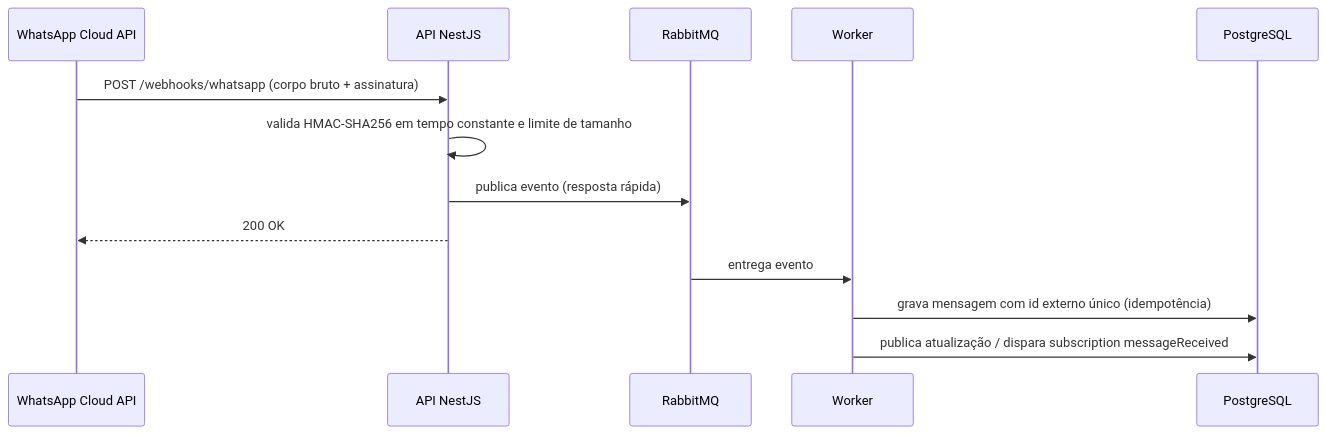
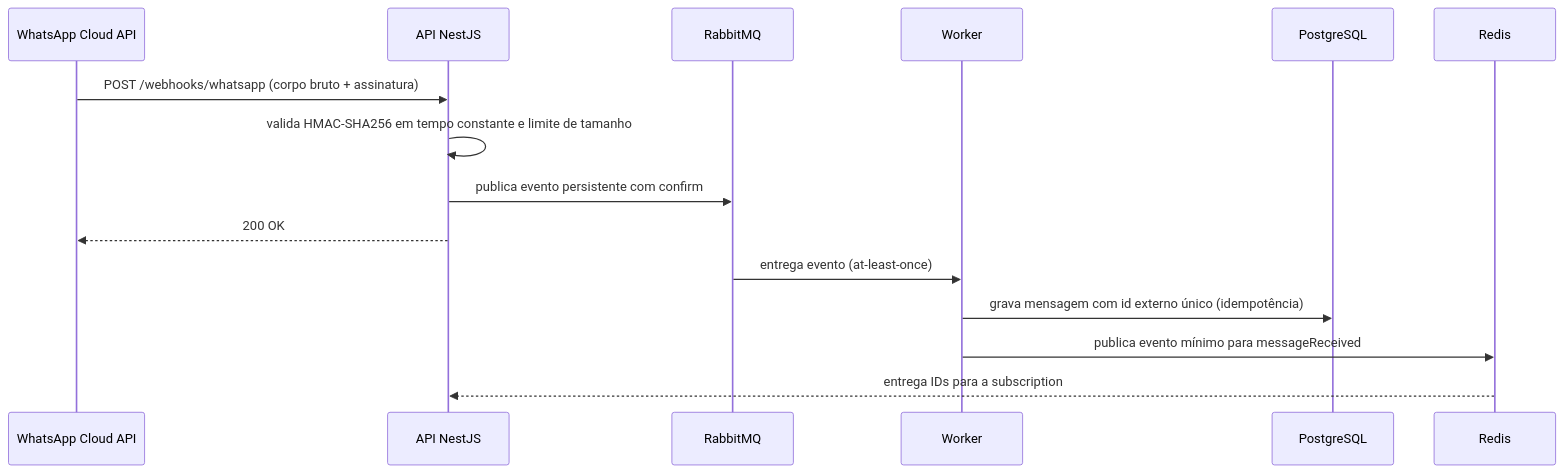
The second of 2 diagrams in docs/architecture.md (ElessandroPrestes/crm-graphql-monorepo), drawn with Mermaid before and after one commit. The commit also changed other lines of this file and 76 other files, not shown here.

````diff
--- a/docs/architecture.md
+++ b/docs/architecture.md
@@ -35,16 +36,17 @@
 ```mermaid
 sequenceDiagram
   participant Meta as WhatsApp Cloud API
   participant API as API NestJS
   participant MQ as RabbitMQ
   participant Worker as Worker
   participant DB as PostgreSQL
 
   Meta->>API: POST /webhooks/whatsapp (corpo bruto + assinatura)
   API->>API: valida HMAC-SHA256 em tempo constante e limite de tamanho
-  API->>MQ: publica evento (resposta rápida)
+  API->>MQ: publica evento persistente com confirm
   API-->>Meta: 200 OK
-  MQ->>Worker: entrega evento
+  MQ->>Worker: entrega evento (at-least-once)
   Worker->>DB: grava mensagem com id externo único (idempotência)
-  Worker->>DB: publica atualização / dispara subscription messageReceived
+  Worker->>Redis: publica evento mínimo para messageReceived
+  Redis-->>API: entrega IDs para a subscription
 ```
````
